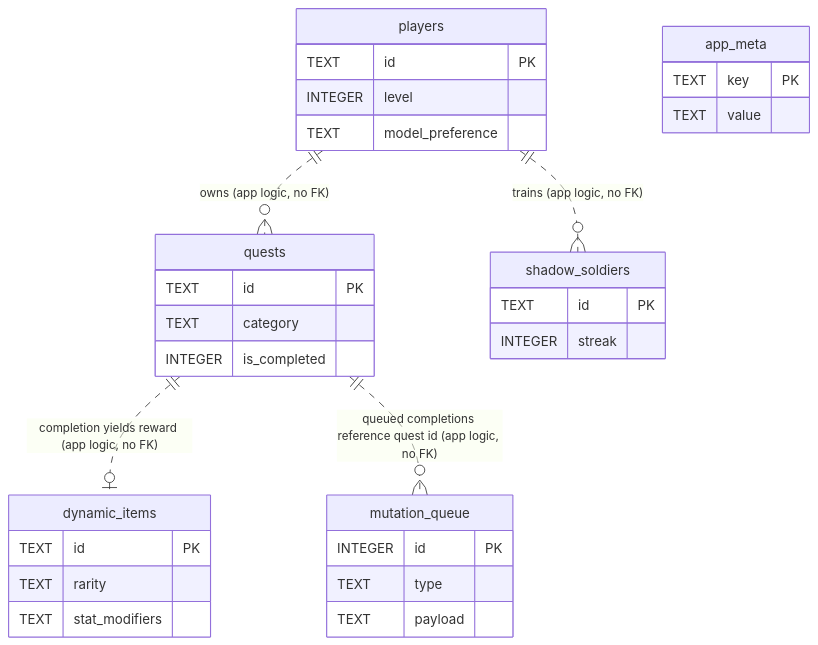
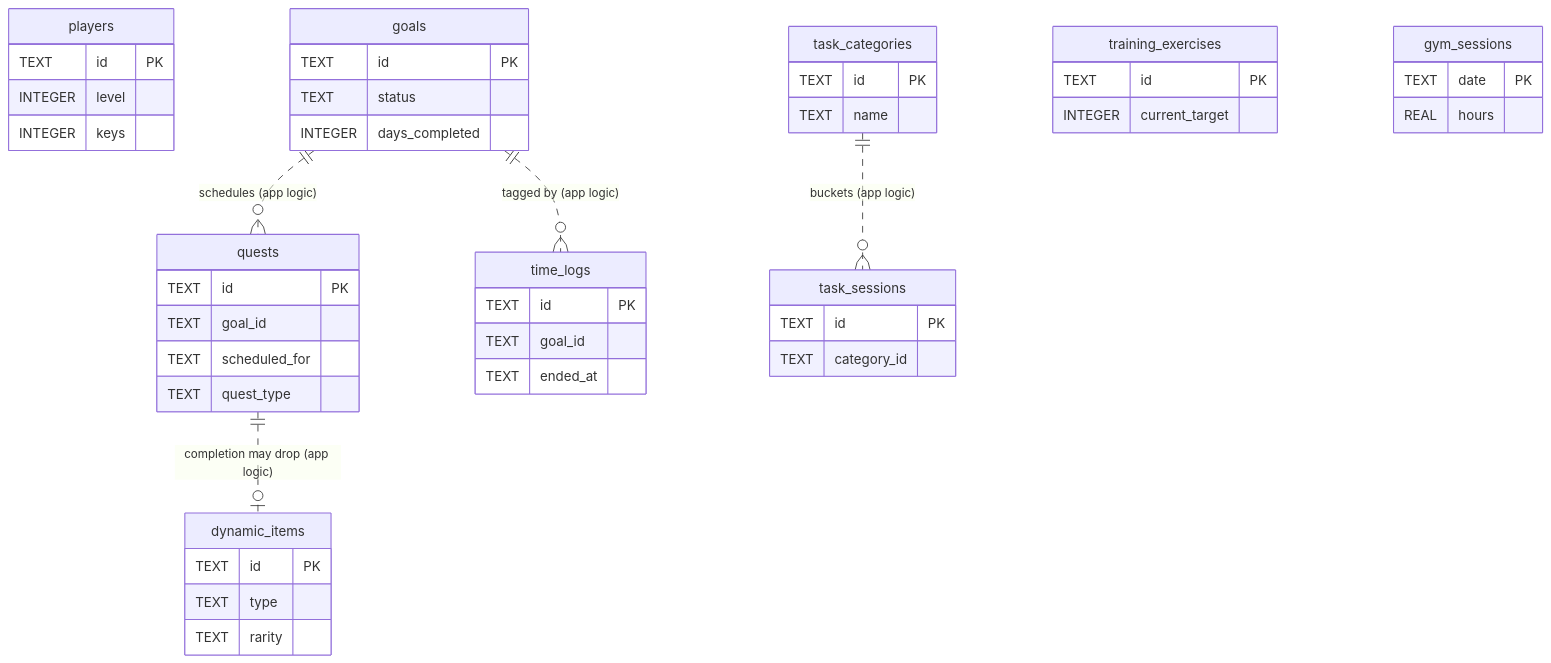
The diagram in docs/DATABASE_ARCHITECTURE.md (sahilsubnani49-source/SystemOS), drawn with Mermaid before and after one commit. The commit also changed other lines of this file and 36 other files, not shown here.

````diff
--- a/docs/DATABASE_ARCHITECTURE.md
+++ b/docs/DATABASE_ARCHITECTURE.md
@@ -122,35 +282,49 @@
 ```mermaid
 erDiagram
     players {
         TEXT id PK
         INTEGER level
-        TEXT model_preference
+        INTEGER keys
+    }
+    goals {
+        TEXT id PK
+        TEXT status
+        INTEGER days_completed
     }
     quests {
         TEXT id PK
-        TEXT category
-        INTEGER is_completed
+        TEXT goal_id
+        TEXT scheduled_for
+        TEXT quest_type
     }
     dynamic_items {
         TEXT id PK
+        TEXT type
         TEXT rarity
-        TEXT stat_modifiers
     }
-    shadow_soldiers {
+    time_logs {
         TEXT id PK
-        INTEGER streak
+        TEXT goal_id
+        TEXT ended_at
     }
-    mutation_queue {
-        INTEGER id PK
-        TEXT type
-        TEXT payload
+    task_categories {
+        TEXT id PK
+        TEXT name
     }
-    app_meta {
-        TEXT key PK
-        TEXT value
+    task_sessions {
+        TEXT id PK
+        TEXT category_id
     }
-    players ||..o{ quests : "owns (app logic, no FK)"
-    quests ||..o| dynamic_items : "completion yields reward (app logic, no FK)"
-    players ||..o{ shadow_soldiers : "trains (app logic, no FK)"
-    quests ||..o{ mutation_queue : "queued completions reference quest id (app logic, no FK)"
+    training_exercises {
+        TEXT id PK
+        INTEGER current_target
+    }
+    gym_sessions {
+        TEXT date PK
+        REAL hours
+    }
+    goals ||..o{ quests : "schedules (app logic)"
+    goals ||..o{ time_logs : "tagged by (app logic)"
+    quests ||..o| dynamic_items : "completion may drop (app logic)"
+    task_categories ||..o{ task_sessions : "buckets (app logic)"
 ```
````
